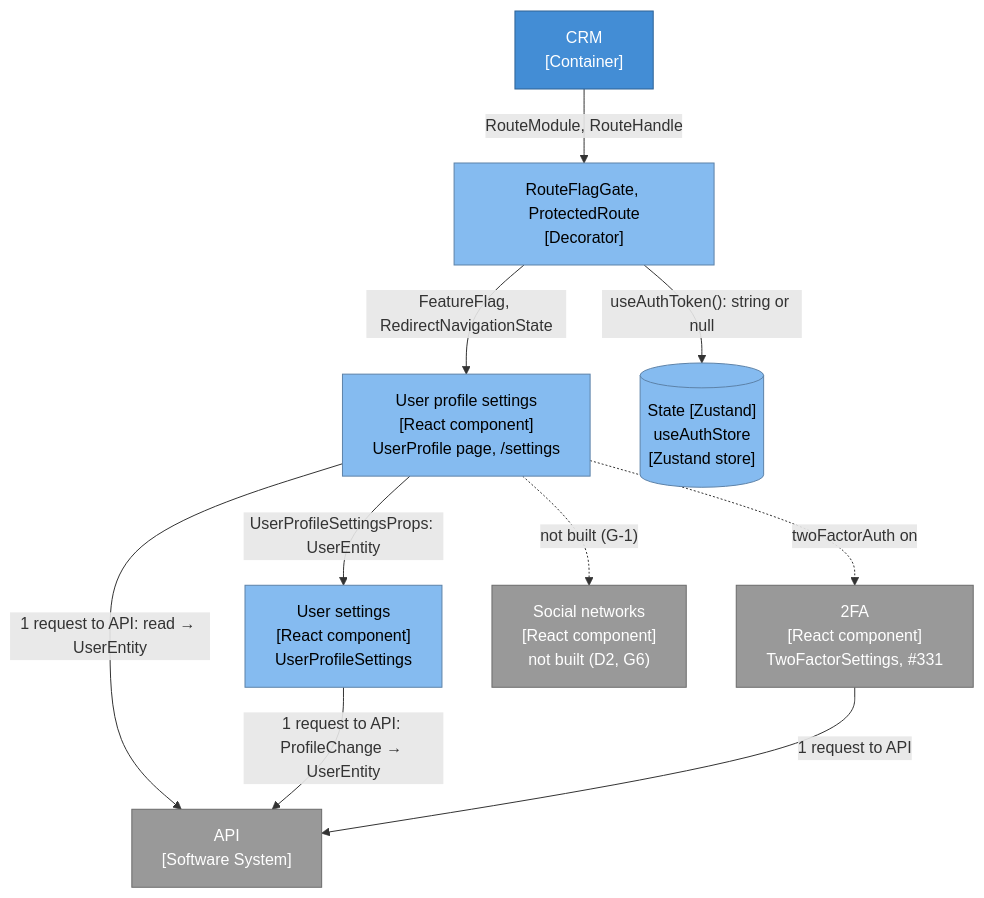
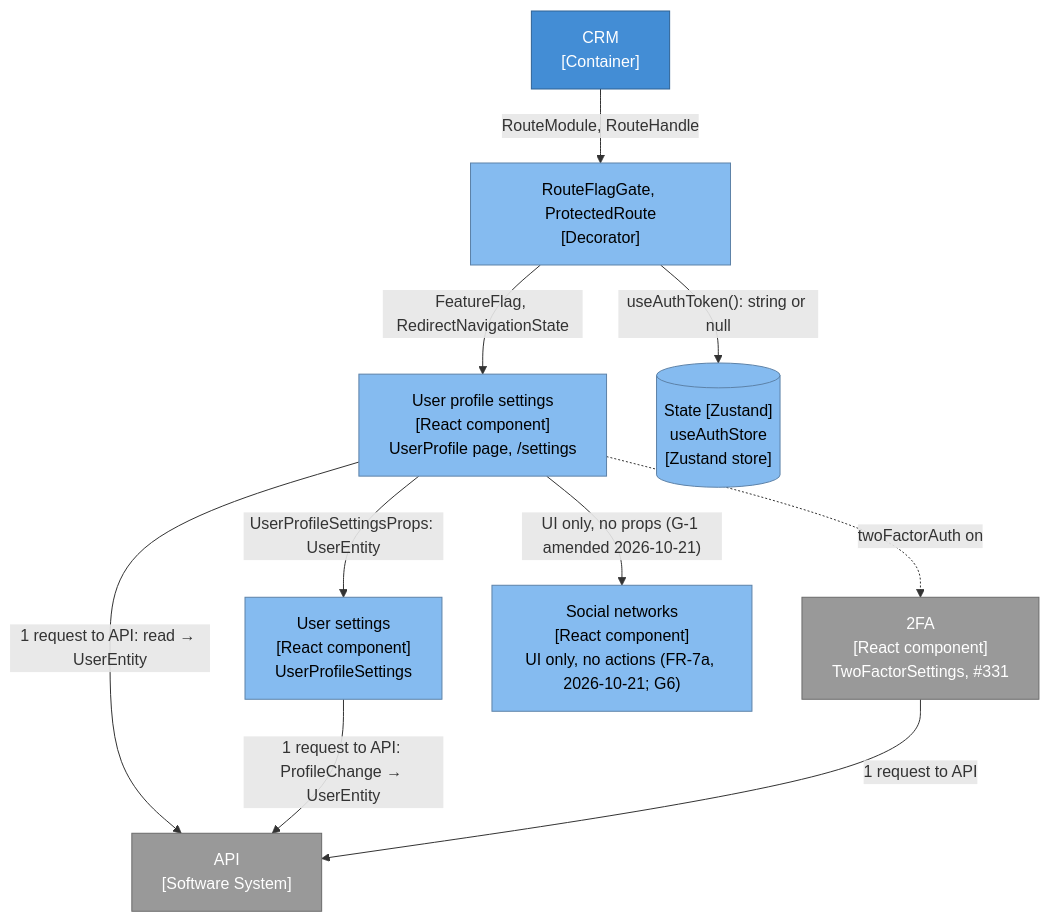
One commit to VilnaCRM-Org/crm changed the second of 8 diagrams in specs/user-settings/planning-artifacts/architecture-user-settings-2026-10-06.md. Above: the diagram before and after it, drawn with Mermaid. The commit also changed other lines of this file and 6 other files, not shown here.

````diff
--- a/specs/user-settings/planning-artifacts/architecture-user-settings-2026-10-06.md
+++ b/specs/user-settings/planning-artifacts/architecture-user-settings-2026-10-06.md
@@ -472,23 +474,23 @@
 ```mermaid
 flowchart TB
   crm["CRM<br/>[Container]"]:::container
   ups["User profile settings<br/>[React component]<br/>UserProfile page, /settings"]:::component
   us["User settings<br/>[React component]<br/>UserProfileSettings"]:::component
   twofa["2FA<br/>[React component]<br/>TwoFactorSettings, #331"]:::external
-  social["Social networks<br/>[React component]<br/>not built (D2, G6)"]:::external
+  social["Social networks<br/>[React component]<br/>UI only, no actions (FR-7a, 2026-10-21; G6)"]:::component
   api["API<br/>[Software System]"]:::external
   state[("State [Zustand]<br/>useAuthStore<br/>[Zustand store]")]:::component
   gate["RouteFlagGate, ProtectedRoute<br/>[Decorator]"]:::component
   crm -->|"RouteModule, RouteHandle"| gate
   gate -->|"FeatureFlag, RedirectNavigationState"| ups
   ups -->|"UserProfileSettingsProps: UserEntity"| us
   ups -.->|"twoFactorAuth on"| twofa
-  ups -.->|"not built (G-1)"| social
+  ups -->|"UI only, no props (G-1 amended 2026-10-21)"| social
   ups -->|"1 request to API: read → UserEntity"| api
   us -->|"1 request to API: ProfileChange → UserEntity"| api
   twofa -->|"1 request to API"| api
   gate -->|"useAuthToken(): string or null"| state
   classDef component fill:#85BBF0,stroke:#5D82A8,color:#000;
   classDef container fill:#438DD5,stroke:#2E6295,color:#fff;
   classDef external fill:#999999,stroke:#6B6B6B,color:#fff;
 ```
````
